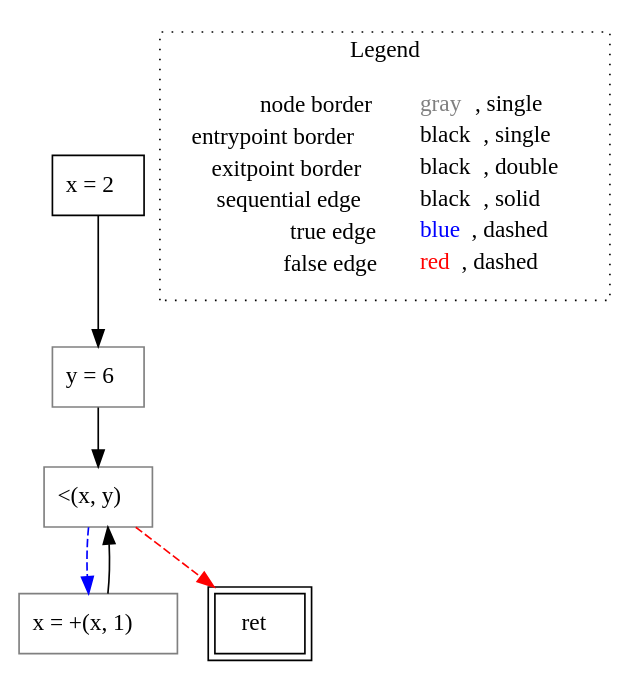
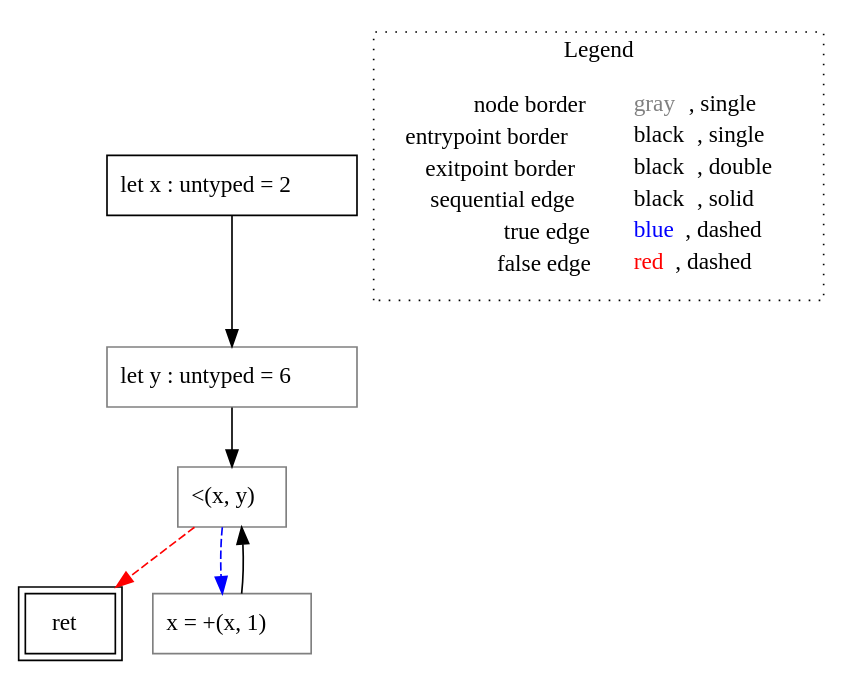
One commit to VincenzoArceri/rust-lisa changed the diagram in rust-lisa/rust-testcases/cfg/while/untyped_rust-testcases_cfg_while_while.rs.main().dot. Above: the diagram before and after it, drawn with Graphviz. The commit also changed 9 other files, not shown here.

```diff
--- a/rust-lisa/rust-testcases/cfg/while/untyped_rust-testcases_cfg_while_while.rs.main().dot
+++ b/rust-lisa/rust-testcases/cfg/while/untyped_rust-testcases_cfg_while_while.rs.main().dot
@@ -1,19 +1,19 @@
 digraph {
-	"node0" [shape="rect",color="black",label=<x = 2>];
-	"node1" [shape="rect",color="gray",label=<x = +(x, 1)>];
-	"node2" [shape="rect",color="black",peripheries="2",label=<ret>];
-	"node3" [shape="rect",color="gray",label=<&lt;(x, y)>];
-	"node4" [shape="rect",color="gray",label=<y = 6>];
+	"node0" [shape="rect",color="black",label=<let x : untyped = 2>];
+	"node1" [shape="rect",color="black",peripheries="2",label=<ret>];
+	"node2" [shape="rect",color="gray",label=<&lt;(x, y)>];
+	"node3" [shape="rect",color="gray",label=<x = +(x, 1)>];
+	"node4" [shape="rect",color="gray",label=<let y : untyped = 6>];
+	"node2" -> "node1" [color="red",style="dashed"];
+	"node2" -> "node3" [color="blue",style="dashed"];
 	"node0" -> "node4" [color="black"];
-	"node1" -> "node3" [color="black"];
-	"node3" -> "node2" [color="red",style="dashed"];
-	"node3" -> "node1" [color="blue",style="dashed"];
-	"node4" -> "node3" [color="black"];
+	"node3" -> "node2" [color="black"];
+	"node4" -> "node2" [color="black"];
 subgraph cluster_legend {
 	label="Legend";
 	style=dotted;
 	node [shape=plaintext];
 	"legend" [label=<<table border="0" cellpadding="2" cellspacing="0" cellborder="0"><tr><td align="right">node border&nbsp;</td><td align="left"><font color="gray">gray</font>, single</td></tr><tr><td align="right">entrypoint border&nbsp;</td><td align="left"><font color="black">black</font>, single</td></tr><tr><td align="right">exitpoint border&nbsp;</td><td align="left"><font color="black">black</font>, double</td></tr><tr><td align="right">sequential edge&nbsp;</td><td align="left"><font color="black">black</font>, solid</td></tr><tr><td align="right">true edge&nbsp;</td><td align="left"><font color="blue">blue</font>, dashed</td></tr><tr><td align="right">false edge&nbsp;</td><td align="left"><font color="red">red</font>, dashed</td></tr></table>>];
 }
 
 }
```
